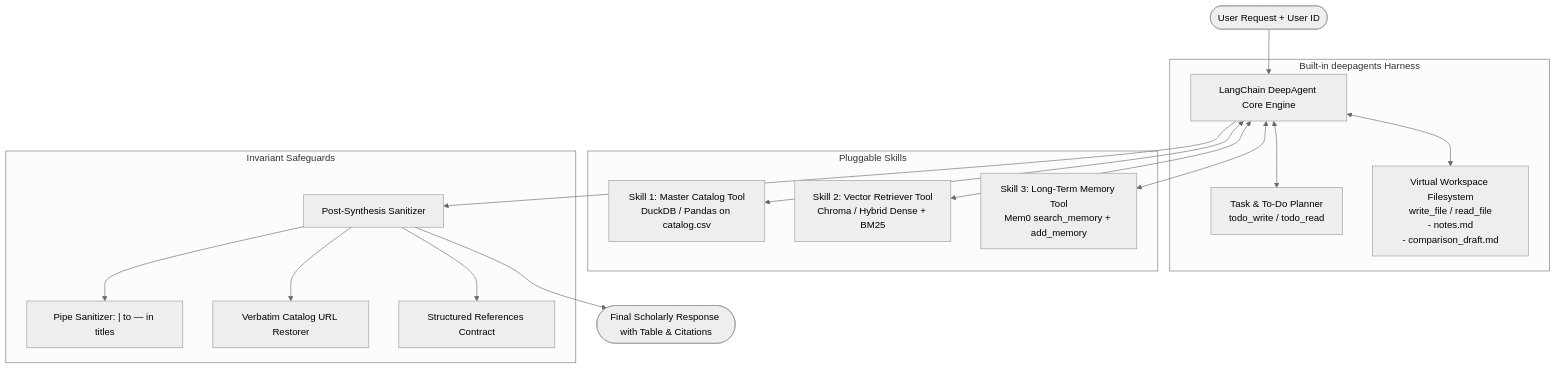
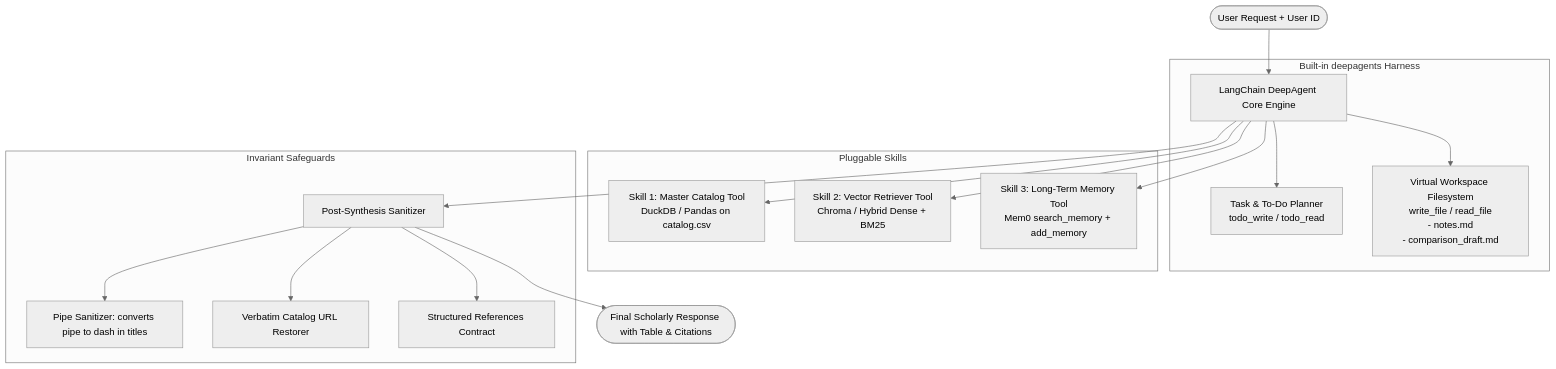
The diagram in docs/blueprint.md (qtongggg/personal-deepagent), drawn with Mermaid (neutral theme) before and after one commit. The commit also changed 1 other file, not shown here.

Commit message:
docs: fix Mermaid diagram syntax in README and blueprint

````diff
--- a/docs/blueprint.md
+++ b/docs/blueprint.md
@@ -36,24 +36,24 @@
 ```mermaid
 flowchart TD
     User(["User Request + User ID"]) --> DeepAgent["LangChain DeepAgent Core Engine"]
 
     subgraph Harness ["Built-in deepagents Harness"]
-        DeepAgent <--> Planner["Task & To-Do Planner<br/>todo_write / todo_read"]
-        DeepAgent <--> VFS["Virtual Workspace Filesystem<br/>write_file / read_file<br/>- notes.md<br/>- comparison_draft.md"]
+        DeepAgent --> Planner["Task & To-Do Planner<br/>todo_write / todo_read"]
+        DeepAgent --> VFS["Virtual Workspace Filesystem<br/>write_file / read_file<br/>- notes.md<br/>- comparison_draft.md"]
     end
 
     subgraph Skills ["Pluggable Skills"]
-        DeepAgent <--> Skill1["Skill 1: Master Catalog Tool<br/>DuckDB / Pandas on catalog.csv"]
-        DeepAgent <--> Skill2["Skill 2: Vector Retriever Tool<br/>Chroma / Hybrid Dense + BM25"]
-        DeepAgent <--> Skill3["Skill 3: Long-Term Memory Tool<br/>Mem0 search_memory + add_memory"]
+        DeepAgent --> Skill1["Skill 1: Master Catalog Tool<br/>DuckDB / Pandas on catalog.csv"]
+        DeepAgent --> Skill2["Skill 2: Vector Retriever Tool<br/>Chroma / Hybrid Dense + BM25"]
+        DeepAgent --> Skill3["Skill 3: Long-Term Memory Tool<br/>Mem0 search_memory + add_memory"]
     end
 
     DeepAgent --> Sanitizer["Post-Synthesis Sanitizer"]
     subgraph Safeguards ["Invariant Safeguards"]
-        Sanitizer --> PipeSanitizer["Pipe Sanitizer: | to — in titles"]
+        Sanitizer --> PipeSanitizer["Pipe Sanitizer: converts pipe to dash in titles"]
         Sanitizer --> URLVerifier["Verbatim Catalog URL Restorer"]
         Sanitizer --> ReferenceContract["Structured References Contract"]
     end
 
     Sanitizer --> Output(["Final Scholarly Response with Table & Citations"])
 ```
````
